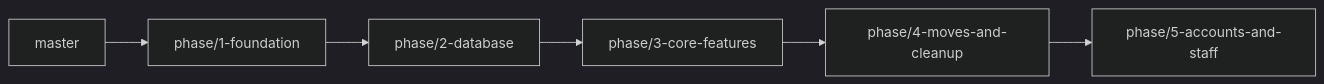
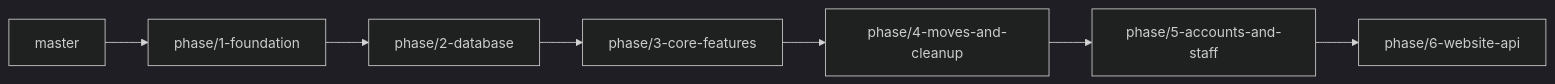
Before and after one commit to MIMOCODES-DEV/new-unified-backend: the diagram in docs/ROADMAP.md, drawn with Mermaid (dark theme). The commit also changed other lines of this file and 17 other files, not shown here.

Commit message:
feat: website api for devices: login with mac and device key, dashboard and public tools

````diff
--- a/docs/ROADMAP.md
+++ b/docs/ROADMAP.md
@@ -25,8 +26,9 @@
 ```mermaid
 flowchart LR
   M["master"] --> P1["phase/1-foundation"]
   P1 --> P2["phase/2-database"]
   P2 --> P3["phase/3-core-features"]
   P3 --> P4["phase/4-moves-and-cleanup"]
   P4 --> P5["phase/5-accounts-and-staff"]
+  P5 --> P6["phase/6-website-api"]
 ```
````
